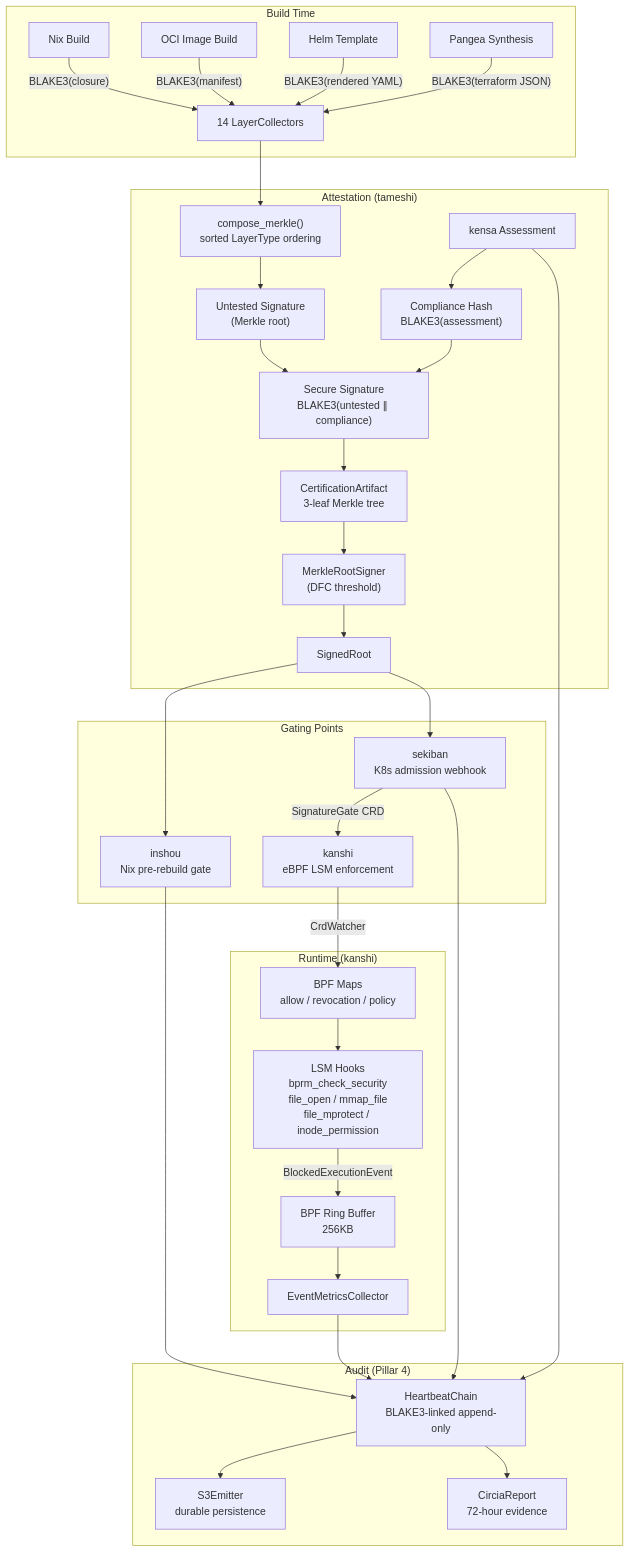
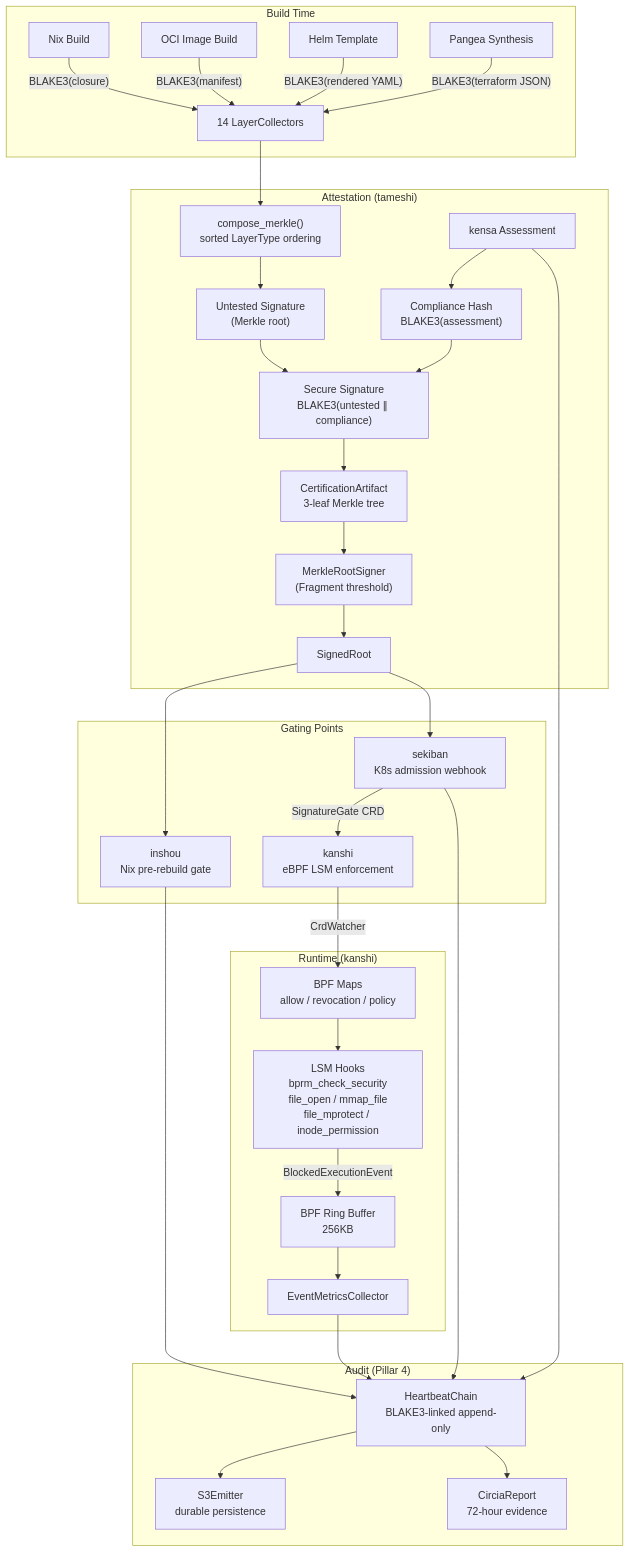
Before and after one commit to pleme-io/tameshi: the first of 2 diagrams in ARCHITECTURE.md, drawn with Mermaid. The commit also changed other lines of this file and 76 other files, not shown here.

First line of the commit message:
Rename secrets-manager and fragment-signer items to generic names

````diff
--- a/ARCHITECTURE.md
+++ b/ARCHITECTURE.md
@@ -5,42 +5,42 @@
 ```mermaid
 graph TB
     subgraph "Build Time"
         NixBuild["Nix Build"] -->|"BLAKE3(closure)"| Collectors
         OCIBuild["OCI Image Build"] -->|"BLAKE3(manifest)"| Collectors
         HelmRender["Helm Template"] -->|"BLAKE3(rendered YAML)"| Collectors
         PangeaSynth["Pangea Synthesis"] -->|"BLAKE3(terraform JSON)"| Collectors
     end
 
     subgraph "Attestation (tameshi)"
         Collectors["14 LayerCollectors"] --> ComposeMerkle["compose_merkle()<br/>sorted LayerType ordering"]
         ComposeMerkle --> UntestSig["Untested Signature<br/>(Merkle root)"]
         KensaAssess["kensa Assessment"] --> ComplianceHash["Compliance Hash<br/>BLAKE3(assessment)"]
         UntestSig --> SecureSig["Secure Signature<br/>BLAKE3(untested ∥ compliance)"]
         ComplianceHash --> SecureSig
         SecureSig --> CertArtifact["CertificationArtifact<br/>3-leaf Merkle tree"]
-        CertArtifact --> DFCSigner["MerkleRootSigner<br/>(DFC threshold)"]
-        DFCSigner --> SignedRoot["SignedRoot"]
+        CertArtifact --> FragmentSigner["MerkleRootSigner<br/>(Fragment threshold)"]
+        FragmentSigner --> SignedRoot["SignedRoot"]
     end
 
     subgraph "Gating Points"
         SignedRoot --> Inshou["inshou<br/>Nix pre-rebuild gate"]
         SignedRoot --> Sekiban["sekiban<br/>K8s admission webhook"]
         Sekiban -->|"SignatureGate CRD"| Kanshi["kanshi<br/>eBPF LSM enforcement"]
     end
 
     subgraph "Runtime (kanshi)"
         Kanshi -->|"CrdWatcher"| BPFMaps["BPF Maps<br/>allow / revocation / policy"]
         BPFMaps --> LSMHooks["LSM Hooks<br/>bprm_check_security<br/>file_open / mmap_file<br/>file_mprotect / inode_permission"]
         LSMHooks -->|"BlockedExecutionEvent"| RingBuffer["BPF Ring Buffer<br/>256KB"]
         RingBuffer --> EventMetrics["EventMetricsCollector"]
     end
 
     subgraph "Audit (Pillar 4)"
         EventMetrics --> HeartbeatChain["HeartbeatChain<br/>BLAKE3-linked append-only"]
         Inshou --> HeartbeatChain
         Sekiban --> HeartbeatChain
         KensaAssess --> HeartbeatChain
         HeartbeatChain --> S3["S3Emitter<br/>durable persistence"]
         HeartbeatChain --> CIRCIA["CirciaReport<br/>72-hour evidence"]
     end
 ```
````
